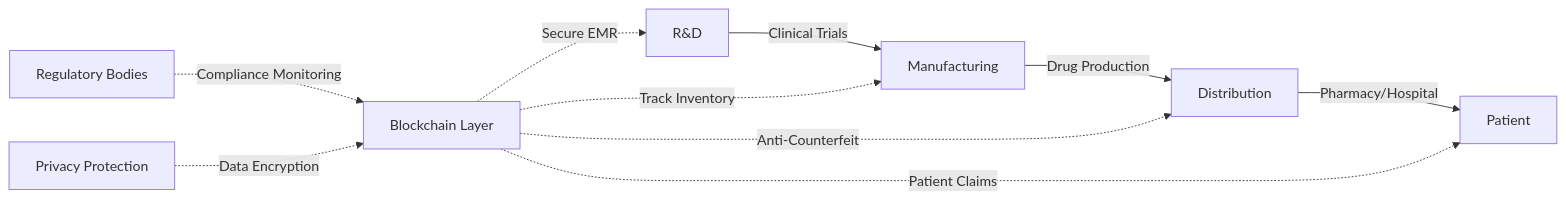
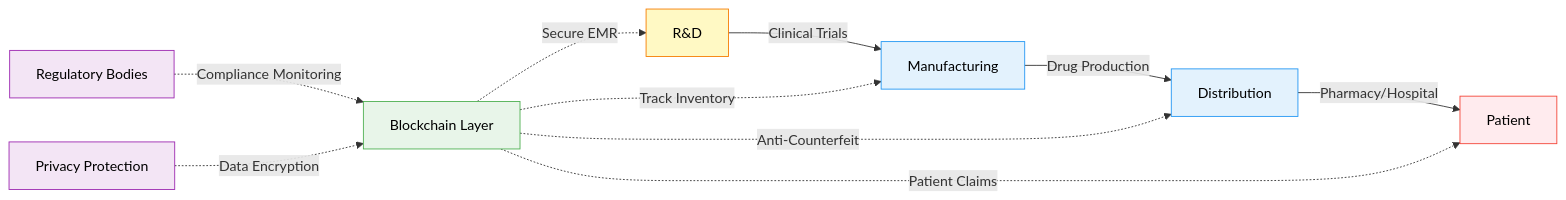
Before and after one commit to ljg-cqu/knowledge: the fifth of 14 diagrams in Industry/Blockchain/Blockchain/ValueChain/QA_LinerGeneralDeepResearch.md, drawn with Mermaid. The commit also changed other lines of this file and 6 other files, not shown here.

````diff
--- a/Industry/Blockchain/Blockchain/ValueChain/QA_LinerGeneralDeepResearch.md
+++ b/Industry/Blockchain/Blockchain/ValueChain/QA_LinerGeneralDeepResearch.md
@@ -189,14 +236,22 @@
 ```mermaid
 graph LR
     A[R&D] -->|Clinical Trials| B[Manufacturing]
     B -->|Drug Production| C[Distribution]
     C -->|Pharmacy/Hospital| D[Patient]
     
     E[Blockchain Layer] -.->|Secure EMR| A
     E -.->|Track Inventory| B
     E -.->|Anti-Counterfeit| C
     E -.->|Patient Claims| D
     
     F[Regulatory Bodies] -.->|Compliance Monitoring| E
     G[Privacy Protection] -.->|Data Encryption| E
+    
+    style A fill:#FFF9C4,stroke:#F57C00,color:#000
+    style B fill:#E3F2FD,stroke:#2196F3,color:#000
+    style C fill:#E3F2FD,stroke:#2196F3,color:#000
+    style D fill:#FFEBEE,stroke:#F44336,color:#000
+    style E fill:#E8F5E9,stroke:#4CAF50,color:#000
+    style F fill:#F3E5F5,stroke:#9C27B0,color:#000
+    style G fill:#F3E5F5,stroke:#9C27B0,color:#000
 ```
````
